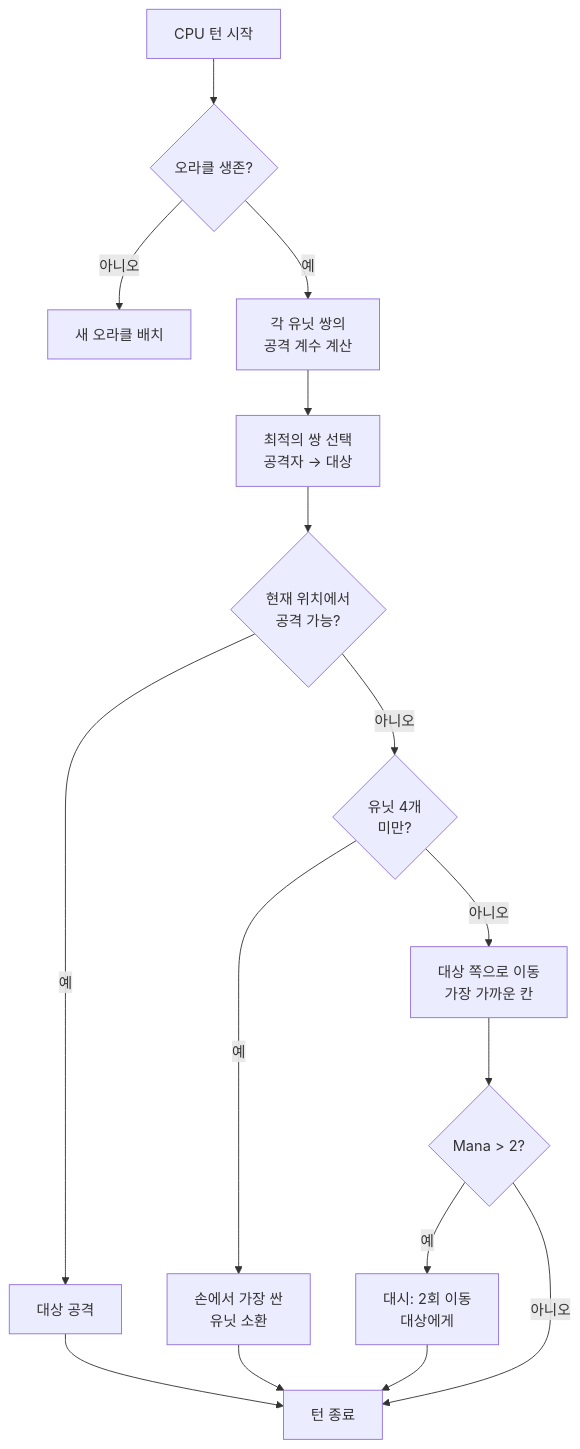
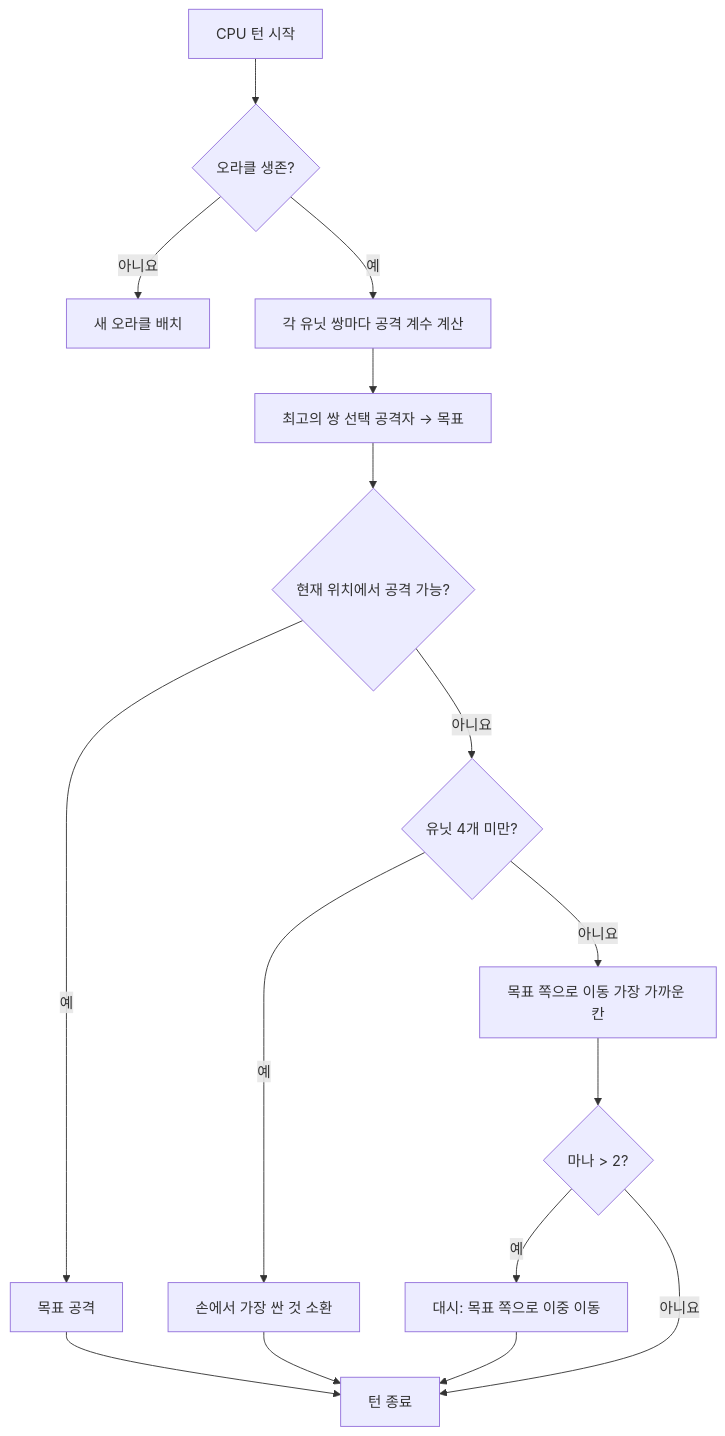
One commit to fox3000foxy/fox3000foxy.github.io changed the diagram in public/articles/ko/nausicaa-ai.md. Above: the diagram before and after it, drawn with Mermaid. The commit also changed other lines of this file and 576 other files, not shown here.

````diff
--- a/public/articles/ko/nausicaa-ai.md
+++ b/public/articles/ko/nausicaa-ai.md
@@ -141,18 +139,18 @@
 ```mermaid
 flowchart TD
     A[CPU 턴 시작] --> B{오라클 생존?}
-    B -->|아니오| C[새 오라클 배치]
-    B -->|예| D[각 유닛 쌍의\n공격 계수 계산]
-    D --> E[최적의 쌍 선택\n공격자 → 대상]
-    E --> F{현재 위치에서\n공격 가능?}
-    F -->|예| G[대상 공격]
-    F -->|아니오| H{유닛 4개\n미만?}
-    H -->|예| I[손에서 가장 싼\n유닛 소환]
-    H -->|아니오| J[대상 쪽으로 이동\n가장 가까운 칸]
-    J --> K{Mana > 2?}
-    K -->|예| L[대시: 2회 이동\n대상에게]
-    K -->|아니오| M[턴 종료]
+    B -->|아니요| C[새 오라클 배치]
+    B -->|예| D[각 유닛 쌍마다 공격 계수 계산]
+    D --> E[최고의 쌍 선택 공격자 → 목표]
+    E --> F{현재 위치에서 공격 가능?}
+    F -->|예| G[목표 공격]
+    F -->|아니요| H{유닛 4개 미만?}
+    H -->|예| I[손에서 가장 싼 것 소환]
+    H -->|아니요| J[목표 쪽으로 이동 가장 가까운 칸]
+    J --> K{마나 > 2?}
+    K -->|예| L[대시: 목표 쪽으로 이중 이동]
+    K -->|아니요| M[턴 종료]
     G --> M
     I --> M
     L --> M
 ```
````
